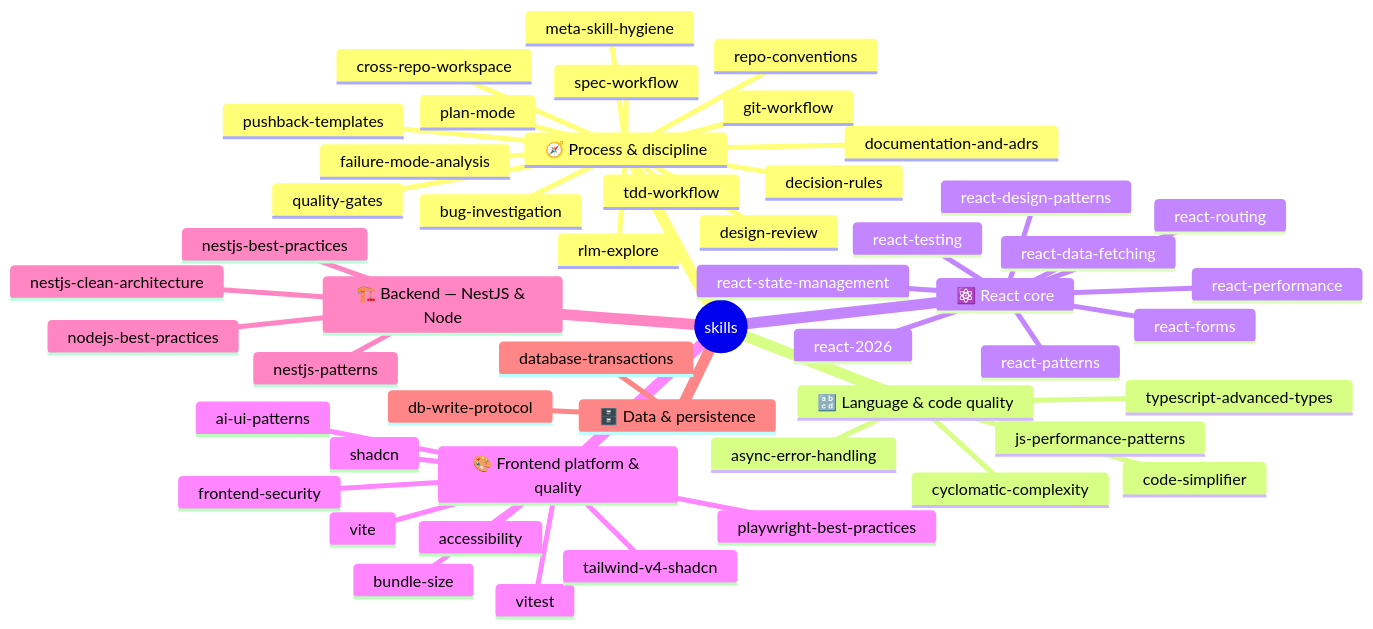
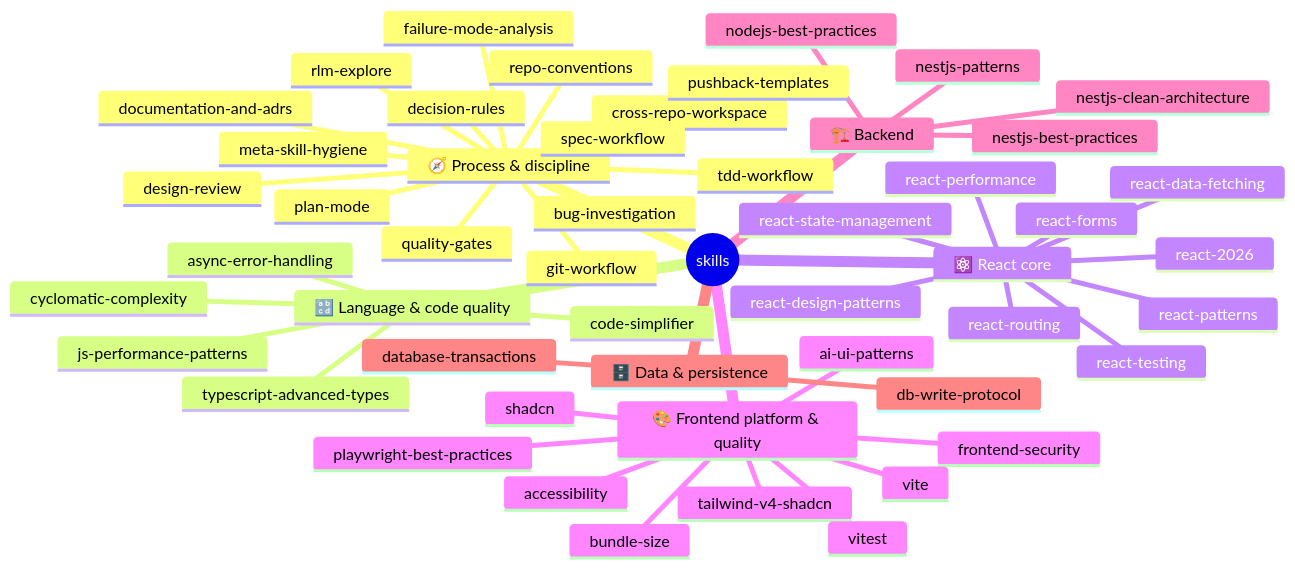
One commit to TierOne-Studio/llm-harness-fullstack changed the diagram in template/.ruler/skills/README.md. Above: the diagram before and after it, drawn with Mermaid. The commit also changed other lines of this file and 56 other files, not shown here.

````diff
--- a/template/.ruler/skills/README.md
+++ b/template/.ruler/skills/README.md
@@ -9,54 +12,54 @@
 ```mermaid
 mindmap
   root((skills))
     🧭 Process & discipline
+      bug-investigation
+      cross-repo-workspace
+      decision-rules
+      design-review
+      documentation-and-adrs
+      failure-mode-analysis
+      git-workflow
+      meta-skill-hygiene
+      plan-mode
+      pushback-templates
+      quality-gates
+      repo-conventions
+      rlm-explore
+      spec-workflow
       tdd-workflow
-      spec-workflow
-      plan-mode
-      design-review
-      failure-mode-analysis
-      bug-investigation
-      decision-rules
-      pushback-templates
-      documentation-and-adrs
-      repo-conventions
-      git-workflow
-      quality-gates
-      rlm-explore
-      cross-repo-workspace
-      meta-skill-hygiene
     🔡 Language & code quality
-      typescript-advanced-types
       async-error-handling
-      js-performance-patterns
       code-simplifier
       cyclomatic-complexity
+      js-performance-patterns
+      typescript-advanced-types
     ⚛️ React core
+      react-2026
+      react-data-fetching
+      react-design-patterns
+      react-forms
       react-patterns
+      react-performance
+      react-routing
       react-state-management
-      react-data-fetching
-      react-routing
-      react-forms
-      react-performance
       react-testing
-      react-design-patterns
-      react-2026
     🎨 Frontend platform & quality
-      vite
-      vitest
+      accessibility
+      ai-ui-patterns
+      bundle-size
+      frontend-security
       playwright-best-practices
       shadcn
       tailwind-v4-shadcn
-      bundle-size
-      accessibility
-      frontend-security
-      ai-ui-patterns
-    🏗️ Backend — NestJS & Node
+      vite
+      vitest
+    🏗️ Backend
       nestjs-best-practices
       nestjs-clean-architecture
       nestjs-patterns
       nodejs-best-practices
     🗄️ Data & persistence
       database-transactions
       db-write-protocol
 ```
````
